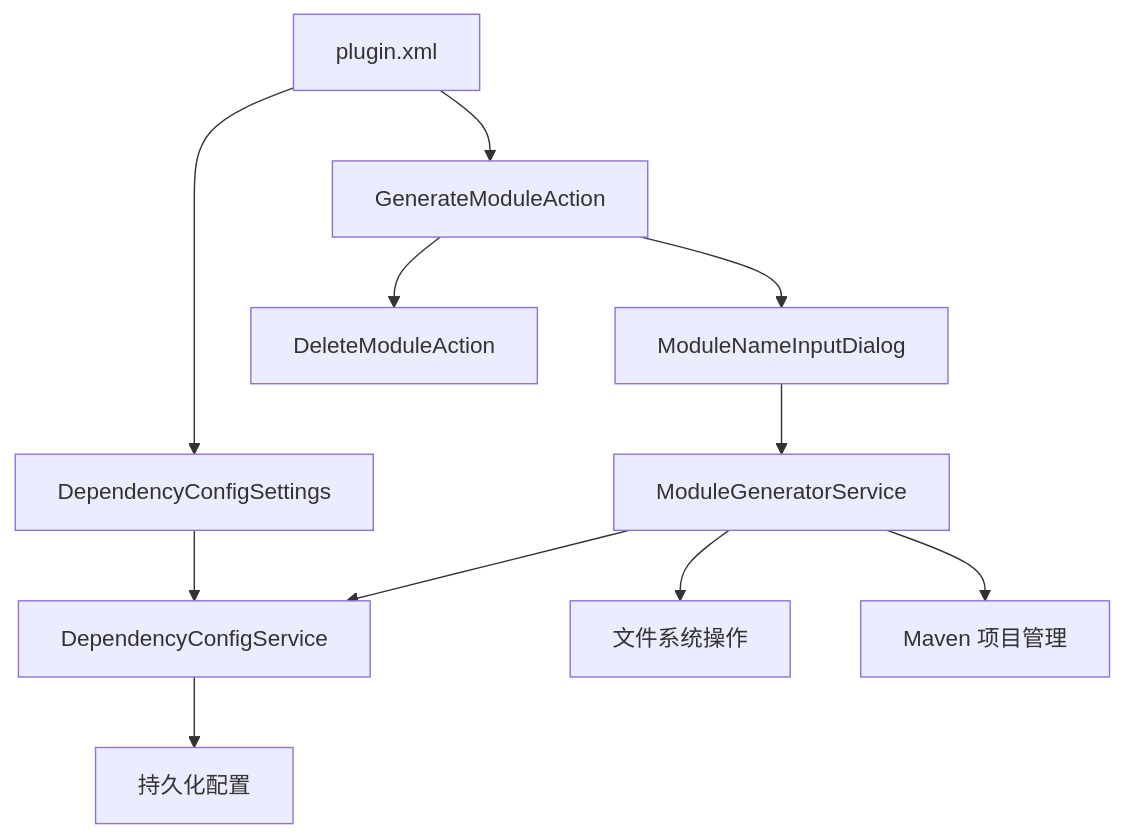
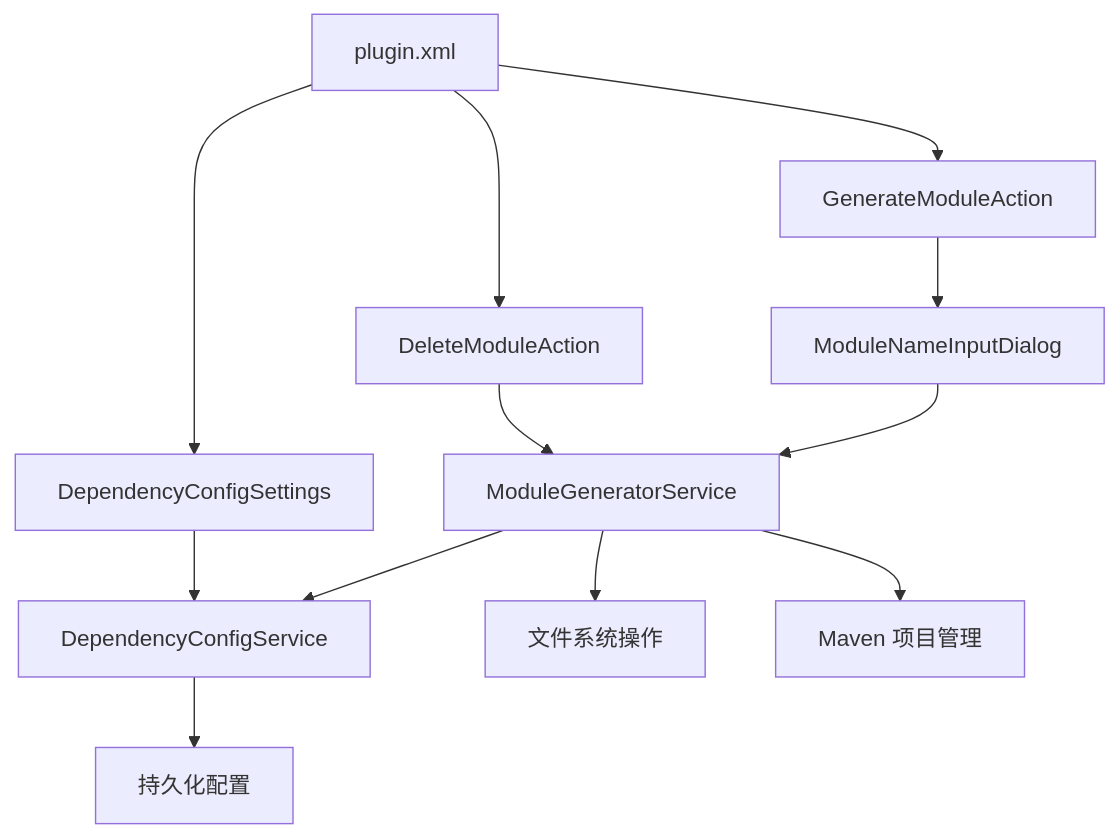
One commit to korykim/ruoyi-vue-plus-module-fast-generator changed the third of 12 diagrams in note.md. Above: the diagram before and after it, drawn with Mermaid. The commit also changed other lines of this file, not shown here.

````diff
--- a/note.md
+++ b/note.md
@@ -54,16 +54,17 @@
 ```mermaid
 graph TD
     A[GenerateModuleAction] --> B[ModuleNameInputDialog]
     B --> C[ModuleGeneratorService]
     C --> D[DependencyConfigService]
     
-    A[GenerateModuleAction] --> E[DeleteModuleAction]
+    E[DeleteModuleAction] --> C
     
     D --> F[持久化配置]
     C --> G[文件系统操作]
     C --> H[Maven 项目管理]
     
     I[plugin.xml] --> A
+    I --> E
     I --> J[DependencyConfigSettings]
     J --> D
 ```
````
